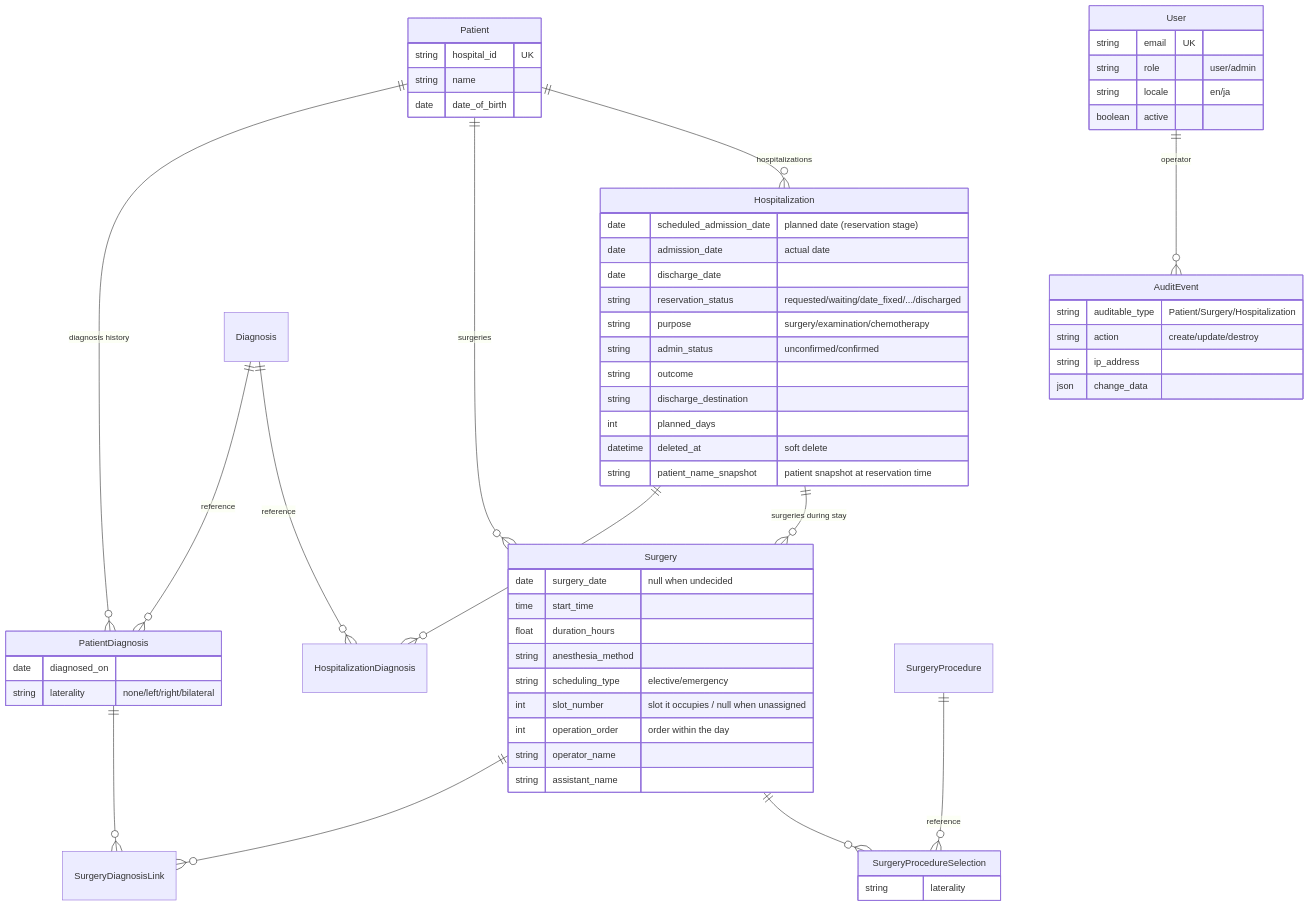
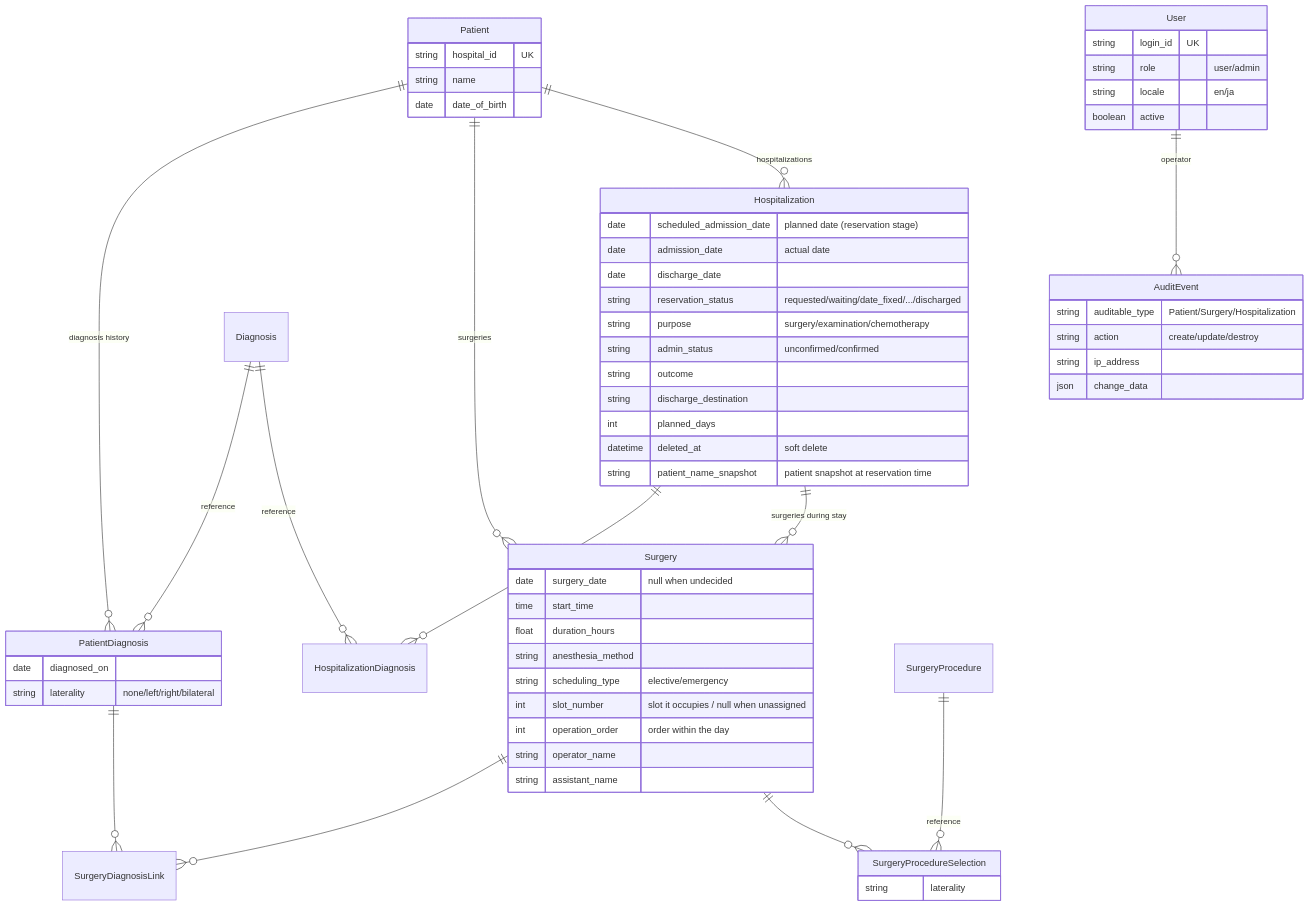
The diagram in README.md (studiome/altocumulus), drawn with Mermaid before and after one commit. The commit also changed other lines of this file and 28 other files, not shown here.

First line of the commit message:
Support configurable account_identifier (email or username) for login

````diff
--- a/README.md
+++ b/README.md
@@ -148,64 +152,64 @@
 ```mermaid
 erDiagram
     Patient          ||--o{ PatientDiagnosis        : "diagnosis history"
     Patient          ||--o{ Surgery                 : "surgeries"
     Patient          ||--o{ Hospitalization         : "hospitalizations"
     Diagnosis        ||--o{ PatientDiagnosis        : "reference"
     Diagnosis        ||--o{ HospitalizationDiagnosis: "reference"
     Hospitalization  ||--o{ HospitalizationDiagnosis: ""
     Hospitalization  ||--o{ Surgery                 : "surgeries during stay"
     Surgery          ||--o{ SurgeryDiagnosisLink    : ""
     PatientDiagnosis ||--o{ SurgeryDiagnosisLink    : ""
     Surgery          ||--o{ SurgeryProcedureSelection : ""
     SurgeryProcedure ||--o{ SurgeryProcedureSelection : "reference"
     User             ||--o{ AuditEvent              : "operator"
 
     Patient {
         string hospital_id UK
         string name
         date   date_of_birth
     }
     PatientDiagnosis {
         date   diagnosed_on
         string laterality "none/left/right/bilateral"
     }
     Surgery {
         date   surgery_date "null when undecided"
         time   start_time
         float  duration_hours
         string anesthesia_method
         string scheduling_type "elective/emergency"
         int    slot_number "slot it occupies / null when unassigned"
         int    operation_order "order within the day"
         string operator_name
         string assistant_name
     }
     Hospitalization {
         date   scheduled_admission_date "planned date (reservation stage)"
         date   admission_date "actual date"
         date   discharge_date
         string reservation_status "requested/waiting/date_fixed/.../discharged"
         string purpose "surgery/examination/chemotherapy"
         string admin_status "unconfirmed/confirmed"
         string outcome
         string discharge_destination
         int    planned_days
         datetime deleted_at "soft delete"
         string patient_name_snapshot "patient snapshot at reservation time"
     }
     SurgeryProcedureSelection {
         string laterality
     }
     User {
-        string email UK
+        string login_id UK
         string role "user/admin"
         string locale "en/ja"
         boolean active
     }
     AuditEvent {
         string auditable_type "Patient/Surgery/Hospitalization"
         string action "create/update/destroy"
         string ip_address
         json   change_data
     }
 ```
````
